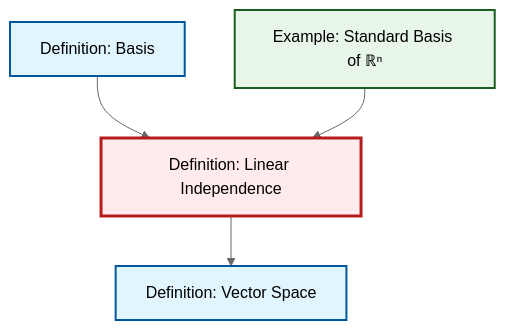
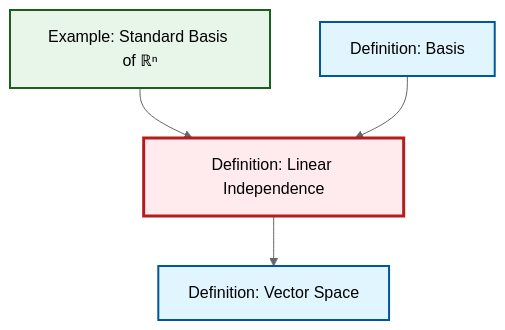
One commit to RK0429/ModernMath changed the diagram in content/en/algebra/def-linear-independence.qmd. Above: the diagram before and after it, drawn with Mermaid (neutral theme). The commit also changed other lines of this file and 554 other files, not shown here.

````diff
--- a/content/en/algebra/def-linear-independence.qmd
+++ b/content/en/algebra/def-linear-independence.qmd
@@ -45,20 +45,20 @@
 ```{mermaid}
 %%| fig-cap: "Local dependency graph"
 graph TD
     classDef definition fill:#e1f5fe,stroke:#01579b,stroke-width:2px
     classDef theorem fill:#f3e5f5,stroke:#4a148c,stroke-width:2px
     classDef axiom fill:#fff3e0,stroke:#e65100,stroke-width:2px
     classDef example fill:#e8f5e9,stroke:#1b5e20,stroke-width:2px
     classDef current fill:#ffebee,stroke:#b71c1c,stroke-width:3px
+    ex-standard-basis-rn["Example: Standard Basis of ℝⁿ"]:::example
+    def-basis["Definition: Basis"]:::definition
     def-vector-space["Definition: Vector Space"]:::definition
-    ex-standard-basis-rn["Example: Standard Basis of ℝⁿ"]:::example
     def-linear-independence["Definition: Linear Independence"]:::definition
-    def-basis["Definition: Basis"]:::definition
+    def-linear-independence --> def-vector-space
+    ex-standard-basis-rn --> def-linear-independence
     def-basis --> def-linear-independence
-    ex-standard-basis-rn --> def-linear-independence
-    def-linear-independence --> def-vector-space
     class def-linear-independence current
-    click def-vector-space "def-vector-space.html" "Go to Vector Space definition"
     click ex-standard-basis-rn "ex-standard-basis-rn.html" "Go to Standard Basis of ℝⁿ example"
     click def-basis "def-basis.html" "Go to Basis definition"
+    click def-vector-space "def-vector-space.html" "Go to Vector Space definition"
 ```
````
